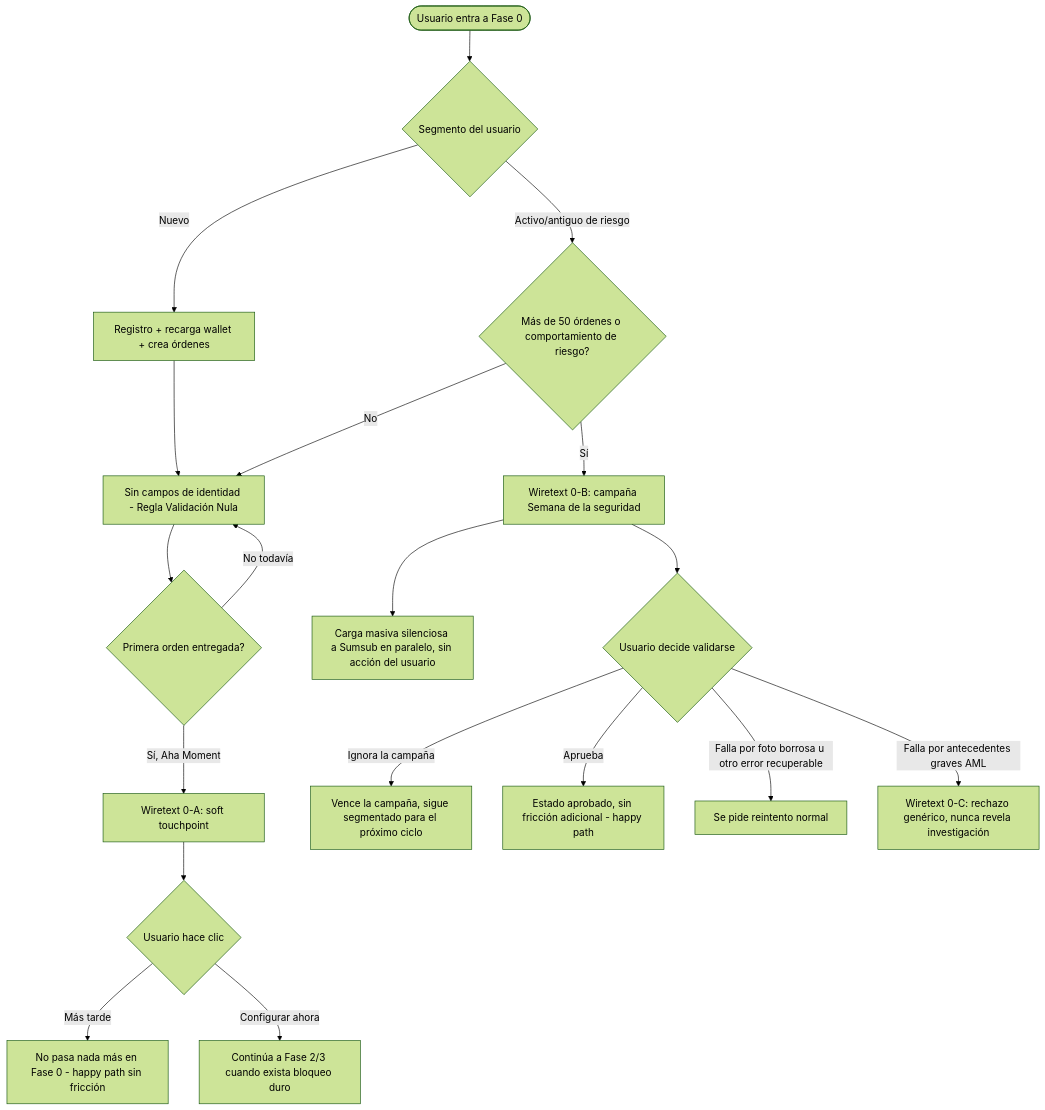
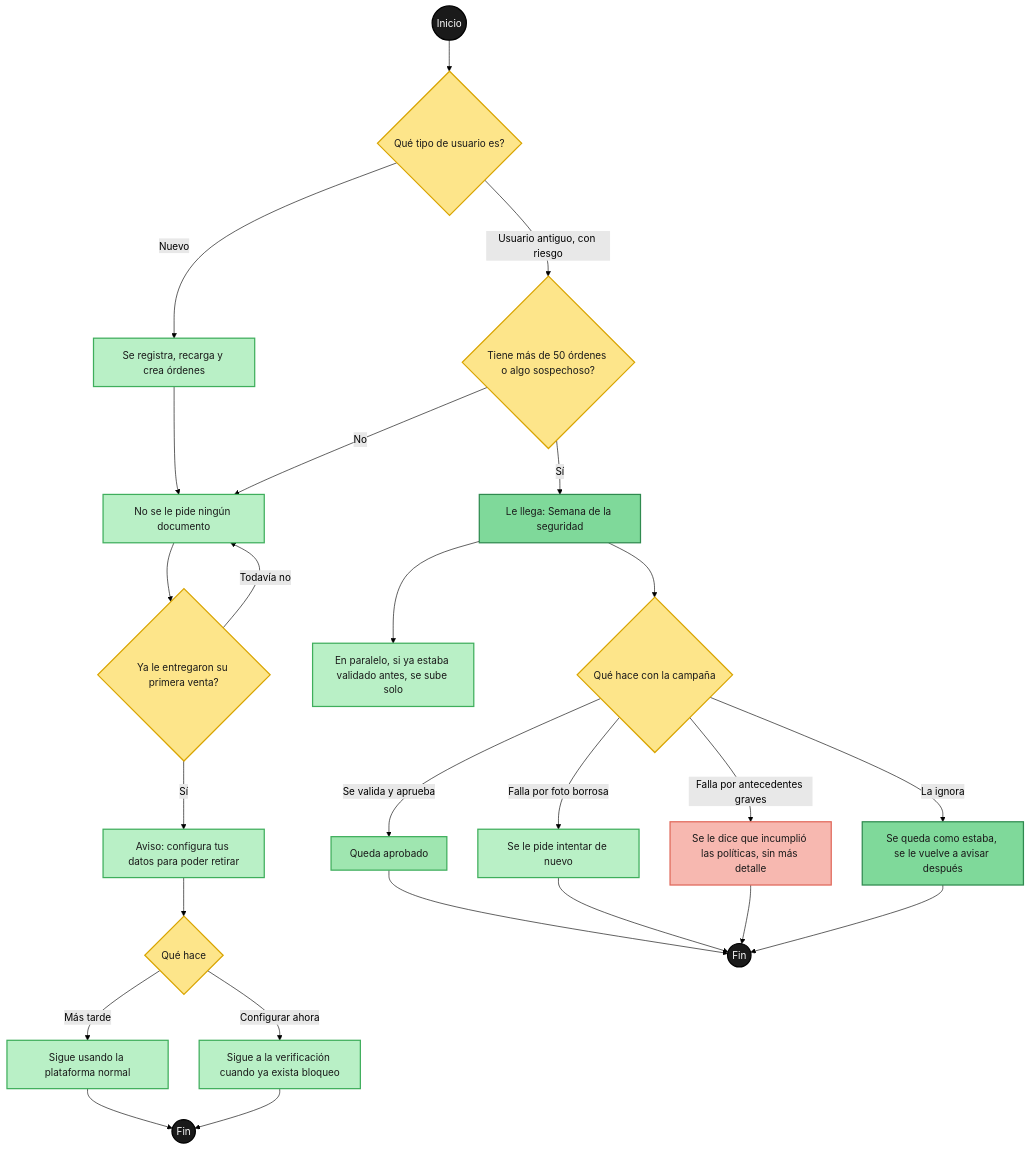
Before and after one commit to catalinagiraldo-gif/validacion-identidad: the third of 8 diagrams in docs/validacion/Plan2.md, drawn with Mermaid (forest theme). The commit also changed other lines of this file, not shown here.

Commit message:
code mermaid

````diff
--- a/docs/validacion/Plan2.md
+++ b/docs/validacion/Plan2.md
@@ -213,22 +237,42 @@
 ```mermaid
 flowchart TD
-    START([Usuario entra a Fase 0]) --> SEG{Segmento del usuario}
-    SEG -->|Nuevo| REG[Registro + recarga wallet + crea órdenes]
-    REG --> NOFIELD[Sin campos de identidad - Regla Validación Nula]
-    NOFIELD --> ORDER{Primera orden entregada?}
-    ORDER -->|No todavía| NOFIELD
-    ORDER -->|Sí, Aha Moment| SOFT[Wiretext 0-A: soft touchpoint]
-    SOFT --> DISMISS{Usuario hace clic}
-    DISMISS -->|Más tarde| IGNORE[No pasa nada más en Fase 0 - happy path sin fricción]
-    DISMISS -->|Configurar ahora| NEXTPHASE[Continúa a Fase 2/3 cuando exista bloqueo duro]
+    classDef inicioFin fill:#1a1a1a,stroke:#000000,color:#ffffff,stroke-width:2px
+    classDef pantalla fill:#b9f0c6,stroke:#3fae5c,color:#1a1a1a,stroke-width:2px
+    classDef decision fill:#fde58a,stroke:#d9a400,color:#1a1a1a,stroke-width:2px
+    classDef si fill:#9fe6b0,stroke:#3fae5c,color:#1a1a1a,stroke-width:2px
+    classDef no fill:#f7b8b0,stroke:#e0685a,color:#1a1a1a,stroke-width:2px
+    classDef whatsapp fill:#7fd99a,stroke:#2f8a4f,color:#1a1a1a,stroke-width:2px
 
-    SEG -->|Activo/antiguo de riesgo| RISK{Más de 50 órdenes o comportamiento de riesgo?}
+    START((Inicio)) --> SEG{Qué tipo de usuario es?}
+    SEG -->|Nuevo| REG[Se registra, recarga y crea órdenes]
+    REG --> NOFIELD[No se le pide ningún documento]
+    NOFIELD --> ORDER{Ya le entregaron su primera venta?}
+    ORDER -->|Todavía no| NOFIELD
+    ORDER -->|Sí| SOFT[Aviso: configura tus datos para poder retirar]
+    SOFT --> DISMISS{Qué hace}
+    DISMISS -->|Más tarde| IGNORE[Sigue usando la plataforma normal]
+    DISMISS -->|Configurar ahora| NEXTPHASE[Sigue a la verificación cuando ya exista bloqueo]
+    IGNORE --> FIN1((Fin))
+    NEXTPHASE --> FIN1
+
+    SEG -->|Usuario antiguo, con riesgo| RISK{Tiene más de 50 órdenes o algo sospechoso?}
     RISK -->|No| NOFIELD
-    RISK -->|Sí| CAMP[Wiretext 0-B: campaña Semana de la seguridad]
-    CAMP --> SILENT[Carga masiva silenciosa a Sumsub en paralelo, sin acción del usuario]
-    CAMP --> VALIDATE{Usuario decide validarse}
-    VALIDATE -->|Ignora la campaña| EXPIRE[Vence la campaña, sigue segmentado para el próximo ciclo]
-    VALIDATE -->|Aprueba| OK[Estado aprobado, sin fricción adicional - happy path]
-    VALIDATE -->|Falla por foto borrosa u otro error recuperable| RETRY[Se pide reintento normal]
-    VALIDATE -->|Falla por antecedentes graves AML| GENERIC[Wiretext 0-C: rechazo genérico, nunca revela investigación]
+    RISK -->|Sí| CAMP[Le llega: Semana de la seguridad]
+    CAMP --> SILENT[En paralelo, si ya estaba validado antes, se sube solo]
+    CAMP --> VALIDATE{Qué hace con la campaña}
+    VALIDATE -->|La ignora| EXPIRE[Se queda como estaba, se le vuelve a avisar después]
+    VALIDATE -->|Se valida y aprueba| OK[Queda aprobado]
+    VALIDATE -->|Falla por foto borrosa| RETRY[Se le pide intentar de nuevo]
+    VALIDATE -->|Falla por antecedentes graves| GENERIC[Se le dice que incumplió las políticas, sin más detalle]
+    OK --> FIN2((Fin))
+    RETRY --> FIN2
+    GENERIC --> FIN2
+    EXPIRE --> FIN2
+
+    class START,FIN1,FIN2 inicioFin
+    class SEG,ORDER,DISMISS,RISK,VALIDATE decision
+    class REG,NOFIELD,IGNORE,NEXTPHASE,SILENT,RETRY,SOFT pantalla
+    class CAMP,EXPIRE whatsapp
+    class OK si
+    class GENERIC no
 ```
````
